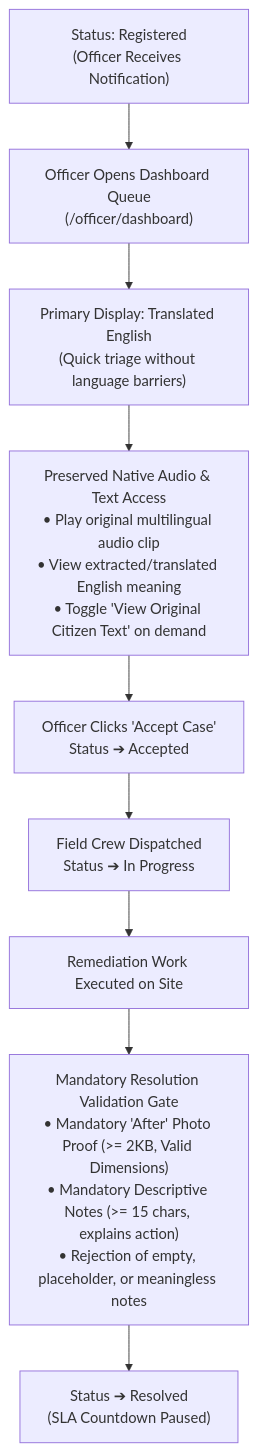
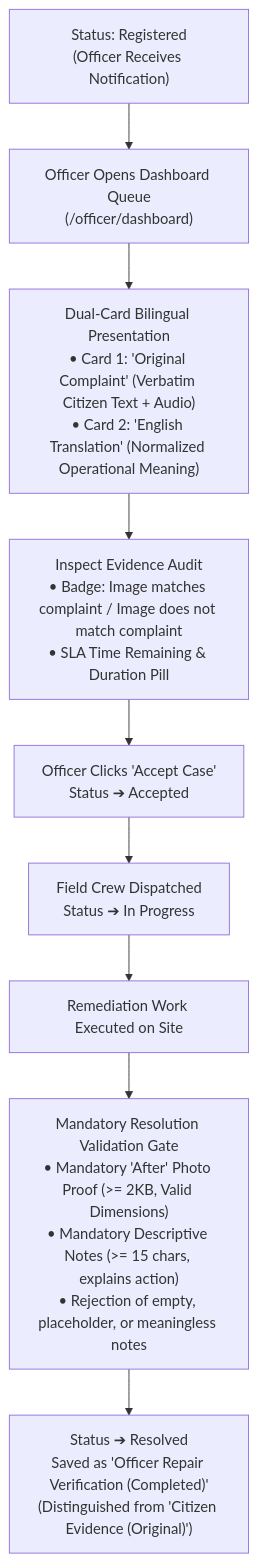
Before and after one commit to SHRUTISINHA250714/civic: diagram 13 of 18 in phases.md, drawn with Mermaid. The commit also changed other lines of this file and 14 other files, not shown here.

````diff
--- a/phases.md
+++ b/phases.md
@@ -409,11 +424,11 @@
 ```mermaid
 flowchart TD
     Reg["Status: Registered\n(Officer Receives Notification)"] --> View["Officer Opens Dashboard Queue\n(/officer/dashboard)"]
-    View --> PrimaryTrans["Primary Display: Translated English\n(Quick triage without language barriers)"]
-    PrimaryTrans --> DualView["Preserved Native Audio & Text Access\n• Play original multilingual audio clip\n• View extracted/translated English meaning\n• Toggle 'View Original Citizen Text' on demand"]
-    DualView --> Accept["Officer Clicks 'Accept Case'\nStatus ➔ Accepted"]
+    View --> DualCard["Dual-Card Bilingual Presentation\n• Card 1: 'Original Complaint' (Verbatim Citizen Text + Audio)\n• Card 2: 'English Translation' (Normalized Operational Meaning)"]
+    DualCard --> AuditView["Inspect Evidence Audit\n• Badge: Image matches complaint / Image does not match complaint\n• SLA Time Remaining & Duration Pill"]
+    AuditView --> Accept["Officer Clicks 'Accept Case'\nStatus ➔ Accepted"]
     Accept --> Prog["Field Crew Dispatched\nStatus ➔ In Progress"]
     Prog --> Fix["Remediation Work Executed on Site"]
     Fix --> ValidReq["Mandatory Resolution Validation Gate\n• Mandatory 'After' Photo Proof (>= 2KB, Valid Dimensions)\n• Mandatory Descriptive Notes (>= 15 chars, explains action)\n• Rejection of empty, placeholder, or meaningless notes"]
-    ValidReq --> Resolved["Status ➔ Resolved\n(SLA Countdown Paused)"]
+    ValidReq --> Resolved["Status ➔ Resolved\nSaved as 'Officer Repair Verification (Completed)'\n(Distinguished from 'Citizen Evidence (Original)')"]
 ```
````
